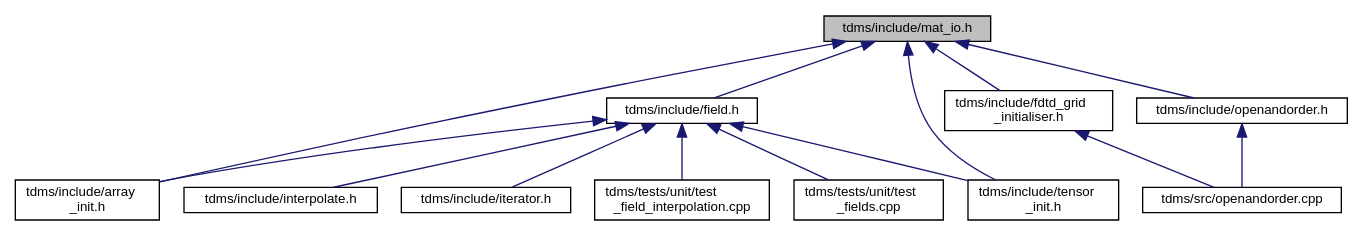
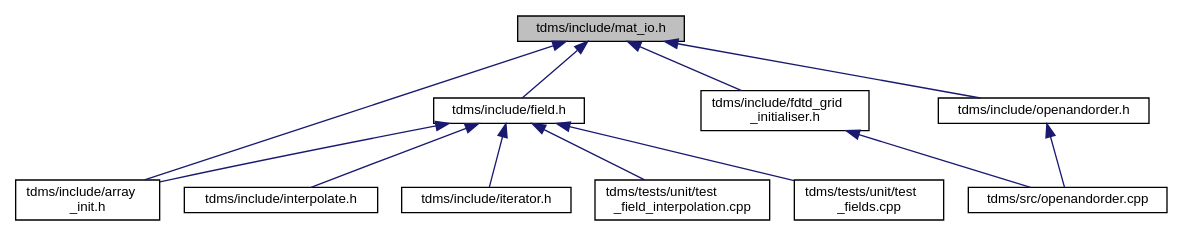
Before and after one commit to UCL/TDMS: the diagram in mat__io_8h__dep__incl.dot, drawn with Graphviz. The commit also changed 74 other files, not shown here.

```diff
--- a/mat__io_8h__dep__incl.dot
+++ b/mat__io_8h__dep__incl.dot
@@ -1,30 +1,27 @@
 digraph "tdms/include/mat_io.h"
 {
  // LATEX_PDF_SIZE
   edge [fontname="Helvetica",fontsize="10",labelfontname="Helvetica",labelfontsize="10"];
   node [fontname="Helvetica",fontsize="10",shape=record];
   Node1 [label="tdms/include/mat_io.h",height=0.2,width=0.4,color="black", fillcolor="grey75", style="filled", fontcolor="black",tooltip="Includes MATLAB headers for I/O."];
   Node1 -> Node2 [dir="back",color="midnightblue",fontsize="10",style="solid",fontname="Helvetica"];
   Node2 [label="tdms/include/field.h",height=0.2,width=0.4,color="black", fillcolor="white", style="filled",URL="$field_8h.html",tooltip="Classes for the electric and magnetic (split) fields on a grid."];
   Node2 -> Node3 [dir="back",color="midnightblue",fontsize="10",style="solid",fontname="Helvetica"];
   Node3 [label="tdms/include/array\l_init.h",height=0.2,width=0.4,color="black", fillcolor="white", style="filled",URL="$array__init_8h.html",tooltip="A collection of functions for array initialisation given MATLAB pointers."];
   Node2 -> Node4 [dir="back",color="midnightblue",fontsize="10",style="solid",fontname="Helvetica"];
   Node4 [label="tdms/include/interpolate.h",height=0.2,width=0.4,color="black", fillcolor="white", style="filled",URL="$interpolate_8h.html",tooltip="Interpolation of field values within FDTD grid."];
   Node2 -> Node5 [dir="back",color="midnightblue",fontsize="10",style="solid",fontname="Helvetica"];
   Node5 [label="tdms/include/iterator.h",height=0.2,width=0.4,color="black", fillcolor="white", style="filled",URL="$iterator_8h.html",tooltip="The main time propogation algorithm."];
   Node2 -> Node6 [dir="back",color="midnightblue",fontsize="10",style="solid",fontname="Helvetica"];
-  Node6 [label="tdms/include/tensor\l_init.h",height=0.2,width=0.4,color="black", fillcolor="white", style="filled",URL="$tensor__init_8h_source.html",tooltip=" "];
+  Node6 [label="tdms/tests/unit/test\l_field_interpolation.cpp",height=0.2,width=0.4,color="black", fillcolor="white", style="filled",URL="$test__field__interpolation_8cpp.html",tooltip="Tests interpolation of E- and H-fields and compares the errors against MATLAB benchmarks."];
   Node2 -> Node7 [dir="back",color="midnightblue",fontsize="10",style="solid",fontname="Helvetica"];
-  Node7 [label="tdms/tests/unit/test\l_field_interpolation.cpp",height=0.2,width=0.4,color="black", fillcolor="white", style="filled",URL="$test__field__interpolation_8cpp.html",tooltip="Tests interpolation of E- and H-fields and compares the errors against MATLAB benchmarks."];
-  Node2 -> Node8 [dir="back",color="midnightblue",fontsize="10",style="solid",fontname="Helvetica"];
-  Node8 [label="tdms/tests/unit/test\l_fields.cpp",height=0.2,width=0.4,color="black", fillcolor="white", style="filled",URL="$test__fields_8cpp.html",tooltip="Test of the Field class and subclasses."];
+  Node7 [label="tdms/tests/unit/test\l_fields.cpp",height=0.2,width=0.4,color="black", fillcolor="white", style="filled",URL="$test__fields_8cpp.html",tooltip="Test of the Field class and subclasses."];
   Node1 -> Node3 [dir="back",color="midnightblue",fontsize="10",style="solid",fontname="Helvetica"];
-  Node1 -> Node9 [dir="back",color="midnightblue",fontsize="10",style="solid",fontname="Helvetica"];
-  Node9 [label="tdms/include/fdtd_grid\l_initialiser.h",height=0.2,width=0.4,color="black", fillcolor="white", style="filled",URL="$fdtd__grid__initialiser_8h.html",tooltip="Initialisation of the FDTD grid."];
-  Node9 -> Node10 [dir="back",color="midnightblue",fontsize="10",style="solid",fontname="Helvetica"];
-  Node10 [label="tdms/src/openandorder.cpp",height=0.2,width=0.4,color="black", fillcolor="white", style="filled",URL="$openandorder_8cpp.html",tooltip="Launch and file IO."];
-  Node1 -> Node11 [dir="back",color="midnightblue",fontsize="10",style="solid",fontname="Helvetica"];
-  Node11 [label="tdms/include/openandorder.h",height=0.2,width=0.4,color="black", fillcolor="white", style="filled",URL="$openandorder_8h.html",tooltip="Launch TDMS and file IO."];
-  Node11 -> Node10 [dir="back",color="midnightblue",fontsize="10",style="solid",fontname="Helvetica"];
-  Node1 -> Node6 [dir="back",color="midnightblue",fontsize="10",style="solid",fontname="Helvetica"];
+  Node1 -> Node8 [dir="back",color="midnightblue",fontsize="10",style="solid",fontname="Helvetica"];
+  Node8 [label="tdms/include/fdtd_grid\l_initialiser.h",height=0.2,width=0.4,color="black", fillcolor="white", style="filled",URL="$fdtd__grid__initialiser_8h.html",tooltip="Initialisation of the FDTD grid."];
+  Node8 -> Node9 [dir="back",color="midnightblue",fontsize="10",style="solid",fontname="Helvetica"];
+  Node9 [label="tdms/src/openandorder.cpp",height=0.2,width=0.4,color="black", fillcolor="white", style="filled",URL="$openandorder_8cpp.html",tooltip="Launch and file IO."];
+  Node1 -> Node10 [dir="back",color="midnightblue",fontsize="10",style="solid",fontname="Helvetica"];
+  Node10 [label="tdms/include/openandorder.h",height=0.2,width=0.4,color="black", fillcolor="white", style="filled",URL="$openandorder_8h.html",tooltip="Launch TDMS and file IO."];
+  Node10 -> Node9 [dir="back",color="midnightblue",fontsize="10",style="solid",fontname="Helvetica"];
 }
```
